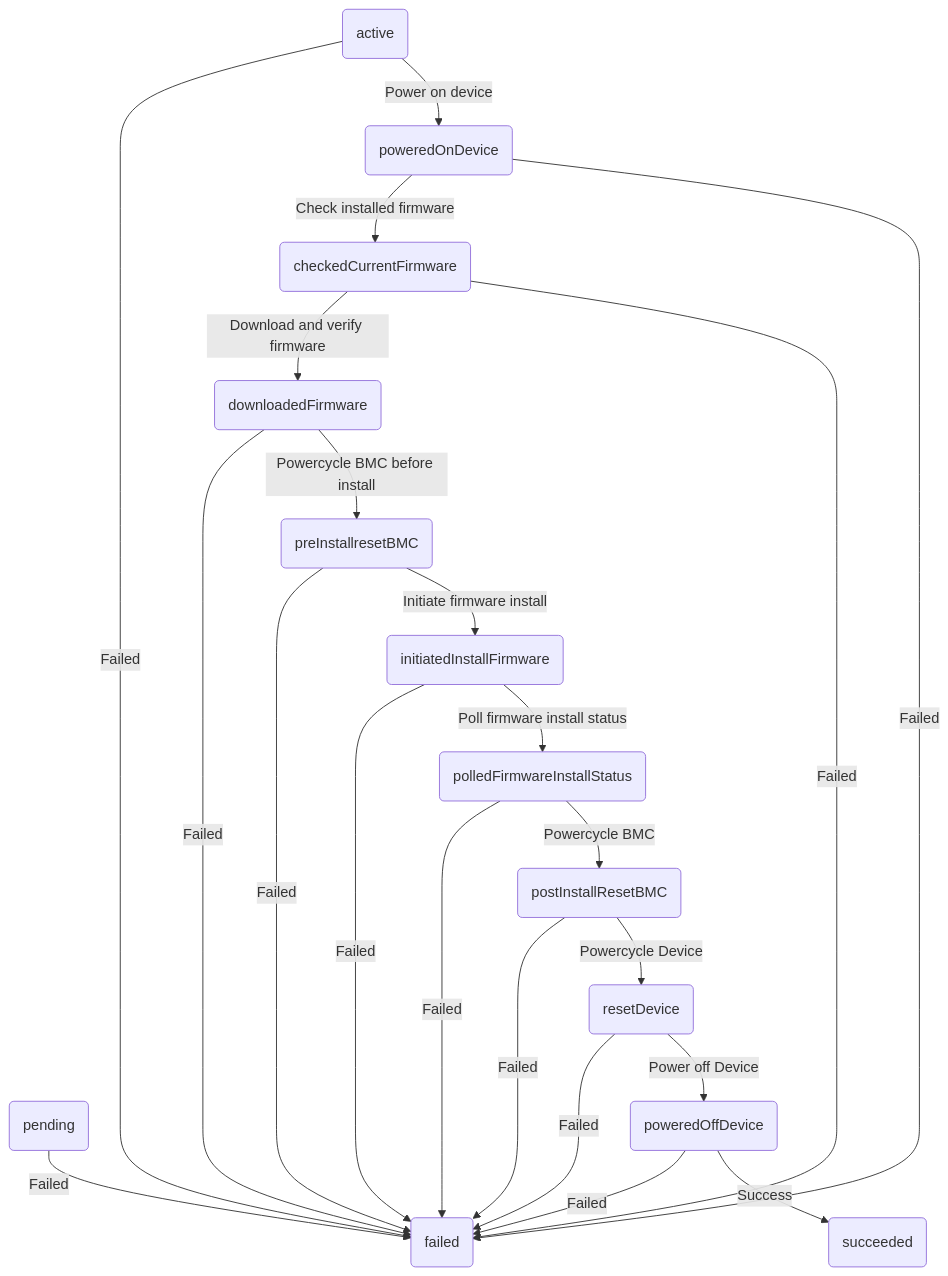
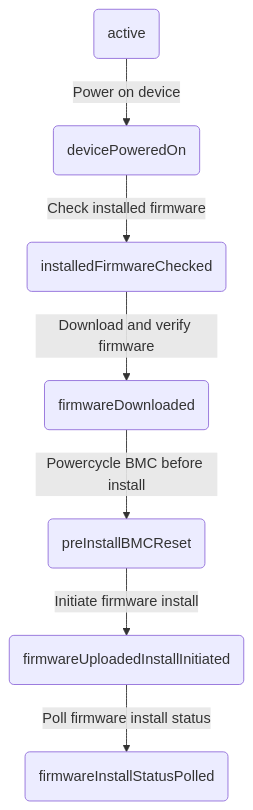
The diagram in docs/statemachine/README-action-statemachine.md (metal-toolbox/flasher), drawn with Mermaid before and after one commit. The commit also changed other lines of this file and 5 other files, not shown here.

````diff
--- a/docs/statemachine/README-action-statemachine.md
+++ b/docs/statemachine/README-action-statemachine.md
@@ -7,38 +7,17 @@
 ```mermaid
 graph TD;
 	n6("active");
-	n1("checkedCurrentFirmware");
-	n3("downloadedFirmware");
-	n4("failed");
-	n8("initiatedInstallFirmware");
-	n5("pending");
-	n9("polledFirmwareInstallStatus");
-	n10("postInstallResetBMC");
-	n12("poweredOffDevice");
-	n2("poweredOnDevice");
-	n7("preInstallresetBMC");
-	n11("resetDevice");
-	n13("succeeded");
-	n6-->|"Failed"|n4;
+	n2("devicePoweredOn");
+	n3("firmwareDownloaded");
+	n4("firmwareInstallStatusPolled");
+	n5("firmwareUploadedInstallInitiated");
+	n1("installedFirmwareChecked");
+	n7("preInstallBMCReset");
 	n6-->|"Power on device"|n2;
+	n2-->|"Check installed firmware"|n1;
+	n3-->|"Powercycle BMC before install"|n7;
+	n5-->|"Poll firmware install status"|n4;
 	n1-->|"Download and verify firmware"|n3;
-	n1-->|"Failed"|n4;
-	n3-->|"Failed"|n4;
-	n3-->|"Powercycle BMC before install"|n7;
-	n8-->|"Failed"|n4;
-	n8-->|"Poll firmware install status"|n9;
-	n5-->|"Failed"|n4;
-	n9-->|"Failed"|n4;
-	n9-->|"Powercycle BMC"|n10;
-	n10-->|"Failed"|n4;
-	n10-->|"Powercycle Device"|n11;
-	n12-->|"Failed"|n4;
-	n12-->|"Success"|n13;
-	n2-->|"Check installed firmware"|n1;
-	n2-->|"Failed"|n4;
-	n7-->|"Failed"|n4;
-	n7-->|"Initiate firmware install"|n8;
-	n11-->|"Failed"|n4;
-	n11-->|"Power off Device"|n12;
+	n7-->|"Initiate firmware install"|n5;
 
 ```
````
